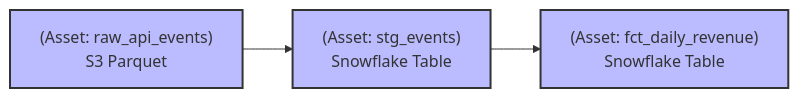
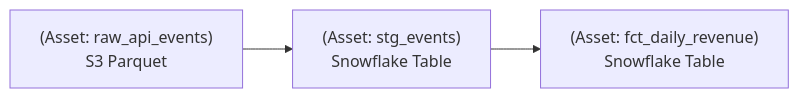
One commit to kythuatdulieu/kythuatdulieu.github.io changed the second of 2 diagrams in src/content/docs/concepts/7-dataops-orchestration-quality/software-defined-assets.md. Above: the diagram before and after it, drawn with Mermaid. The commit also changed other lines of this file and 682 other files, not shown here.

````diff
--- a/src/content/docs/concepts/7-dataops-orchestration-quality/software-defined-assets.md
+++ b/src/content/docs/concepts/7-dataops-orchestration-quality/software-defined-assets.md
@@ -46,9 +45,8 @@
 ```mermaid
 graph LR
     A["(Asset: raw_api_events)<br/>S3 Parquet"] --> B["(Asset: stg_events)<br/>Snowflake Table"]
     B --> C["(Asset: fct_daily_revenue)<br/>Snowflake Table"]
-    
-    style A fill:#bbf,stroke:#333,stroke-width:2px
-    style B fill:#bbf,stroke:#333,stroke-width:2px
-    style C fill:#bbf,stroke:#333,stroke-width:2px
+
+
+
 ```
````
